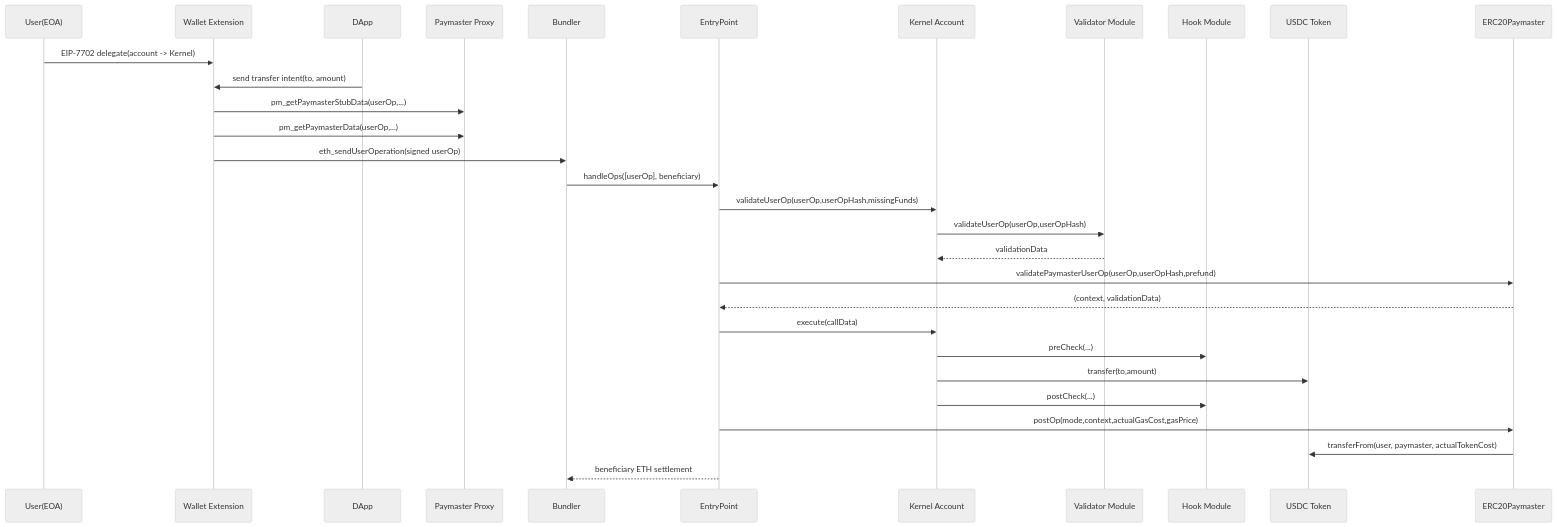
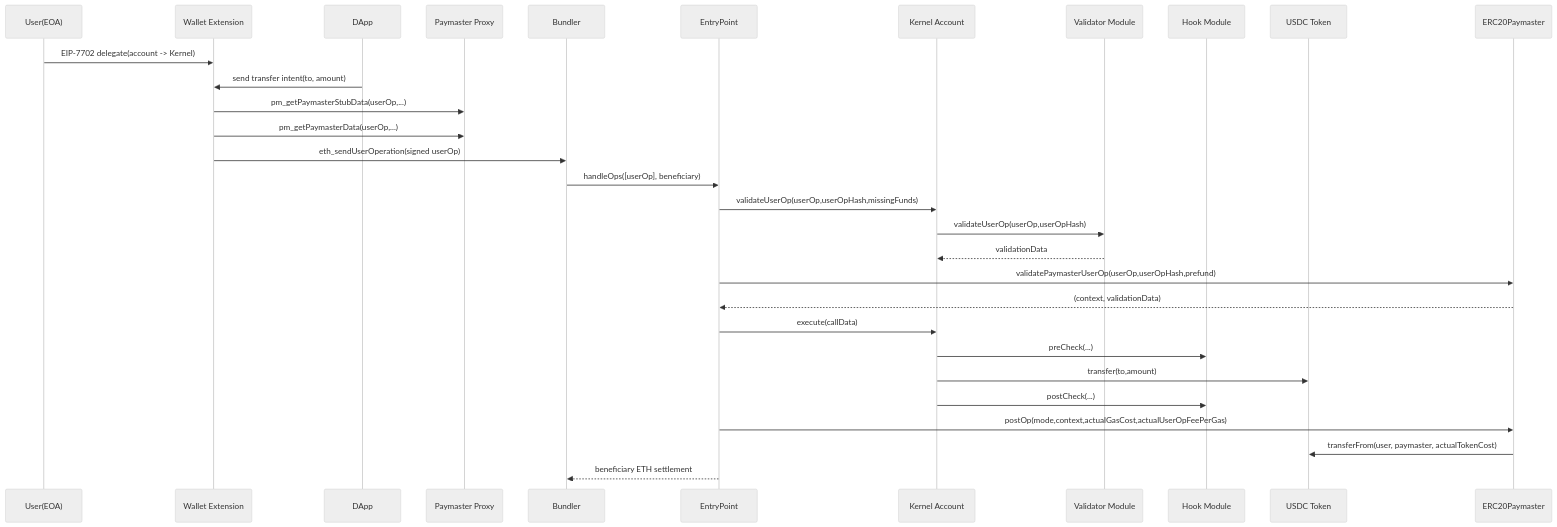
The diagram in docs/claude/spec/EIP-7702_4337_7579_ERC20Paymaster_메시지플로우.md (onlyhyde/stable-platform), drawn with Mermaid (neutral theme) before and after one commit. The commit also changed other lines of this file and 248 other files, not shown here.

````diff
--- a/docs/claude/spec/EIP-7702_4337_7579_ERC20Paymaster_메시지플로우.md
+++ b/docs/claude/spec/EIP-7702_4337_7579_ERC20Paymaster_메시지플로우.md
@@ -22,33 +22,33 @@
 ```mermaid
 sequenceDiagram
     participant User as User(EOA)
     participant Wallet as Wallet Extension
     participant DApp as DApp
     participant PMProxy as Paymaster Proxy
     participant Bundler as Bundler
     participant EP as EntryPoint
     participant Kernel as Kernel Account
     participant Validator as Validator Module
     participant Hook as Hook Module
     participant USDC as USDC Token
     participant PM as ERC20Paymaster
 
     User->>Wallet: EIP-7702 delegate(account -> Kernel)
     DApp->>Wallet: send transfer intent(to, amount)
     Wallet->>PMProxy: pm_getPaymasterStubData(userOp,...)
     Wallet->>PMProxy: pm_getPaymasterData(userOp,...)
     Wallet->>Bundler: eth_sendUserOperation(signed userOp)
     Bundler->>EP: handleOps([userOp], beneficiary)
     EP->>Kernel: validateUserOp(userOp,userOpHash,missingFunds)
     Kernel->>Validator: validateUserOp(userOp,userOpHash)
     Validator-->>Kernel: validationData
     EP->>PM: validatePaymasterUserOp(userOp,userOpHash,prefund)
     PM-->>EP: (context, validationData)
     EP->>Kernel: execute(callData)
     Kernel->>Hook: preCheck(...)
     Kernel->>USDC: transfer(to,amount)
     Kernel->>Hook: postCheck(...)
-    EP->>PM: postOp(mode,context,actualGasCost,gasPrice)
+    EP->>PM: postOp(mode,context,actualGasCost,actualUserOpFeePerGas)
     PM->>USDC: transferFrom(user, paymaster, actualTokenCost)
     EP-->>Bundler: beneficiary ETH settlement
 ```
````
